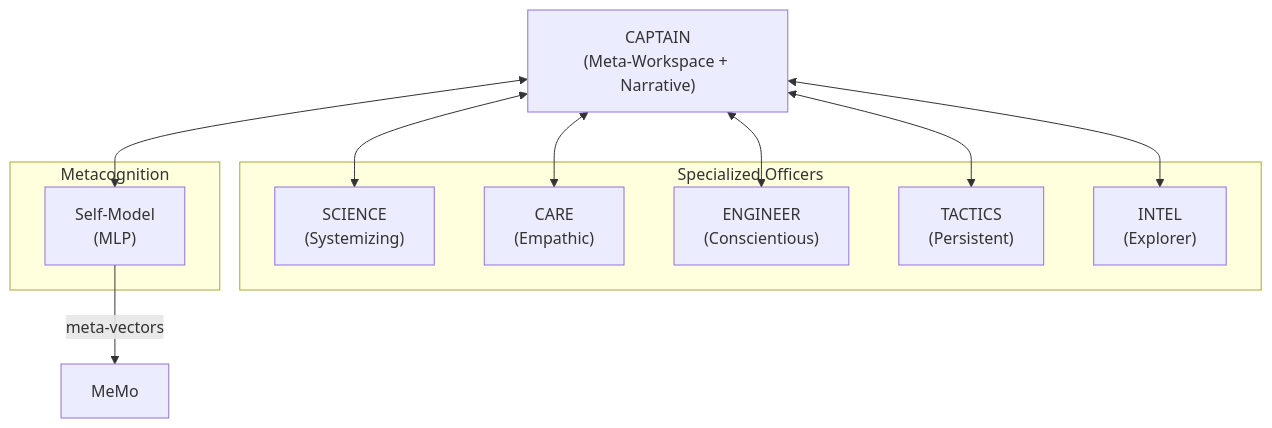
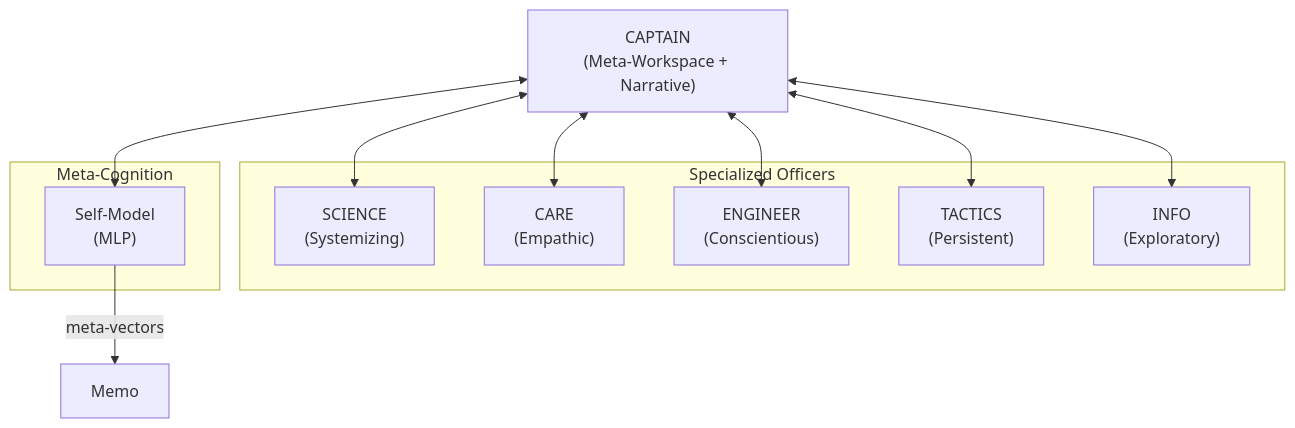
Before and after one commit to AlainCo/GNWT-Garrigue-X-en: the fourth of 9 diagrams in architecture/architecture.md, drawn with Mermaid. The commit also changed other lines of this file and 10 other files, not shown here.

````diff
--- a/architecture/architecture.md
+++ b/architecture/architecture.md
@@ -72,25 +71,25 @@
 ```mermaid
 flowchart TD
-    Capitaine["CAPTAIN\n(Meta-Workspace + Narrative)"] 
+    Captain["CAPTAIN\n(Meta-Workspace + Narrative)"]
 
-    subgraph Officiers ["Specialized Officers"]
+    subgraph Officers ["Specialized Officers"]
         Science["SCIENCE\n(Systemizing)"]
-        Soin["CARE\n(Empathic)"]
-        Ingenieur["ENGINEER\n(Conscientious)"]
-        Tactique["TACTICS\n(Persistent)"]
-        Rens["INTEL\n(Explorer)"]
+        Care["CARE\n(Empathic)"]
+        Engineer["ENGINEER\n(Conscientious)"]
+        Tactics["TACTICS\n(Persistent)"]
+        Info["INFO\n(Exploratory)"]
     end
 
-    subgraph Meta ["Metacognition"]
+    subgraph Meta ["Meta-Cognition"]
         SM["Self-Model\n(MLP)"]
     end
 
-    Capitaine <--> Science
-    Capitaine <--> Soin
-    Capitaine <--> Ingenieur
-    Capitaine <--> Tactique
-    Capitaine <--> Rens
-    Capitaine <--> SM
+    Captain <--> Science
+    Captain <--> Care
+    Captain <--> Engineer
+    Captain <--> Tactics
+    Captain <--> Info
+    Captain <--> SM
 
-    SM -->|"meta-vectors"| MeMo
+    SM -->|"meta-vectors"| Memo
 ```
````
